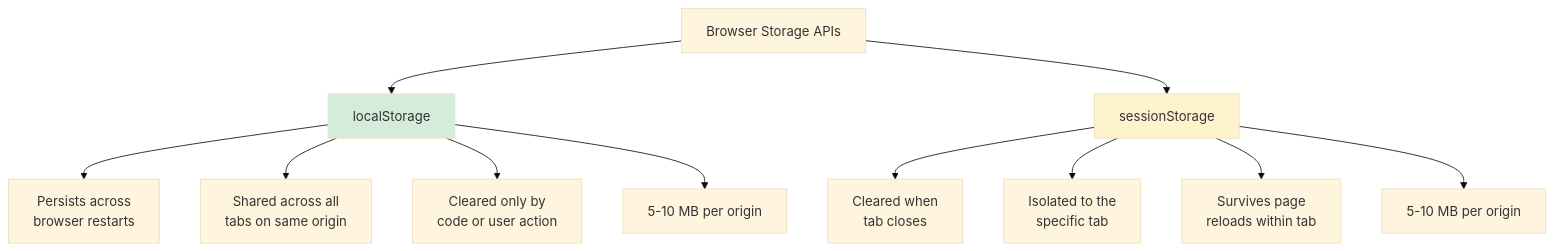
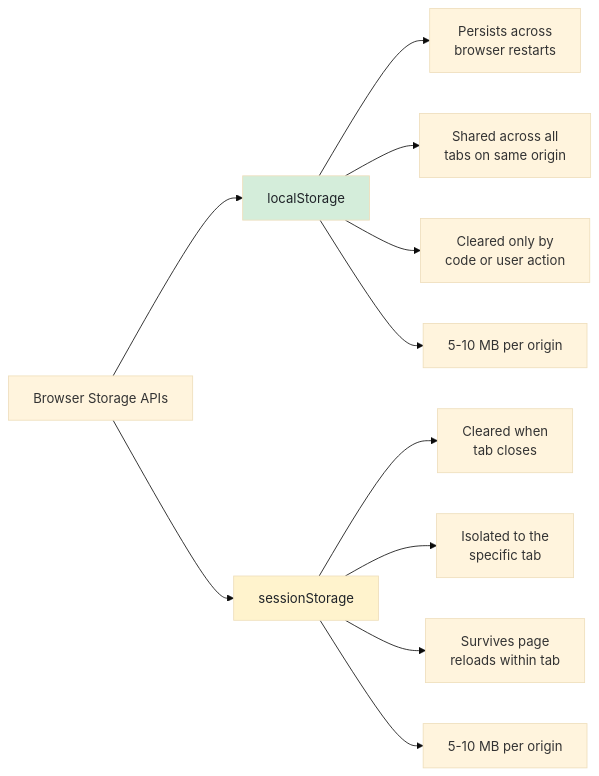
One commit to bytetunnels/bytetunnels.github.com changed the first of 2 diagrams in _posts/2026-02-25-scraping-sessionstorage-extracting-ephemeral-browser-data.md. Above: the diagram before and after it, drawn with Mermaid (base theme). The commit also changed other lines of this file and 118 other files, not shown here.

Commit message:
feat: improve diagram styling and compact wide flowcharts

````diff
--- a/_posts/2026-02-25-scraping-sessionstorage-extracting-ephemeral-browser-data.md
+++ b/_posts/2026-02-25-scraping-sessionstorage-extracting-ephemeral-browser-data.md
@@ -42,18 +42,18 @@
 ```mermaid
-graph TD
+graph LR
     A["Browser Storage APIs"] --> B["localStorage"]
     A --> C["sessionStorage"]
 
-    B --> B1["Persists across<br>browser restarts"]
-    B --> B2["Shared across all<br>tabs on same origin"]
-    B --> B3["Cleared only by<br>code or user action"]
+    B --> B1["Persists across<br/>browser restarts"]
+    B --> B2["Shared across all<br/>tabs on same origin"]
+    B --> B3["Cleared only by<br/>code or user action"]
     B --> B4["5-10 MB per origin"]
 
-    C --> C1["Cleared when<br>tab closes"]
-    C --> C2["Isolated to the<br>specific tab"]
-    C --> C3["Survives page<br>reloads within tab"]
+    C --> C1["Cleared when<br/>tab closes"]
+    C --> C2["Isolated to the<br/>specific tab"]
+    C --> C3["Survives page<br/>reloads within tab"]
     C --> C4["5-10 MB per origin"]
 
-    style B fill:#d4edda
-    style C fill:#fff3cd
+    style B fill:#d4edda,color:#1f2328
+    style C fill:#fff3cd,color:#1f2328
 ```
````
